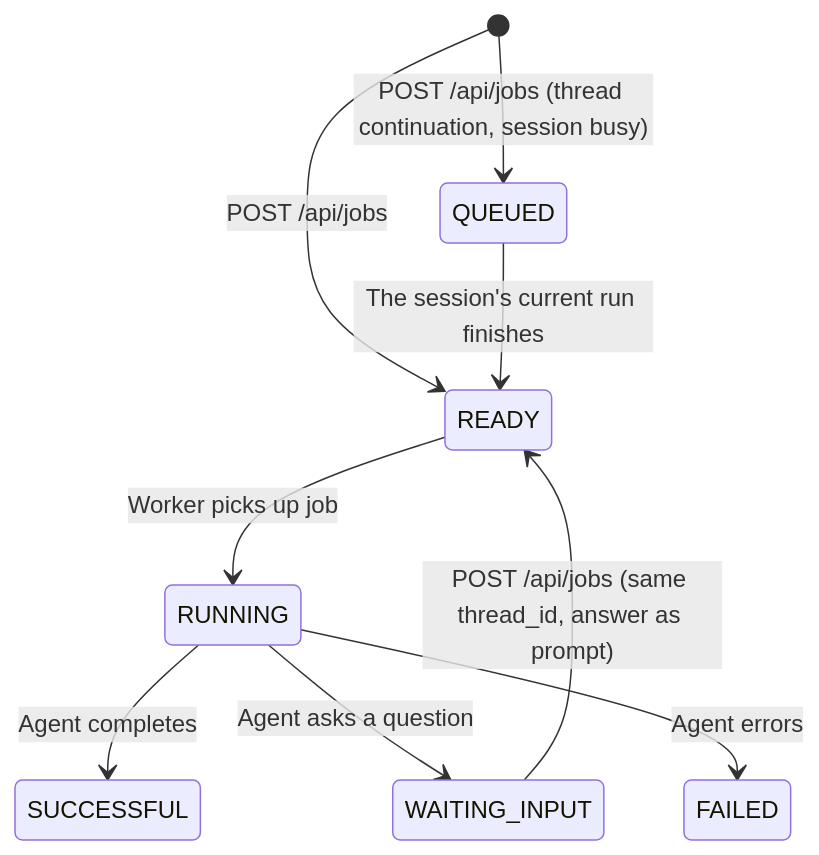
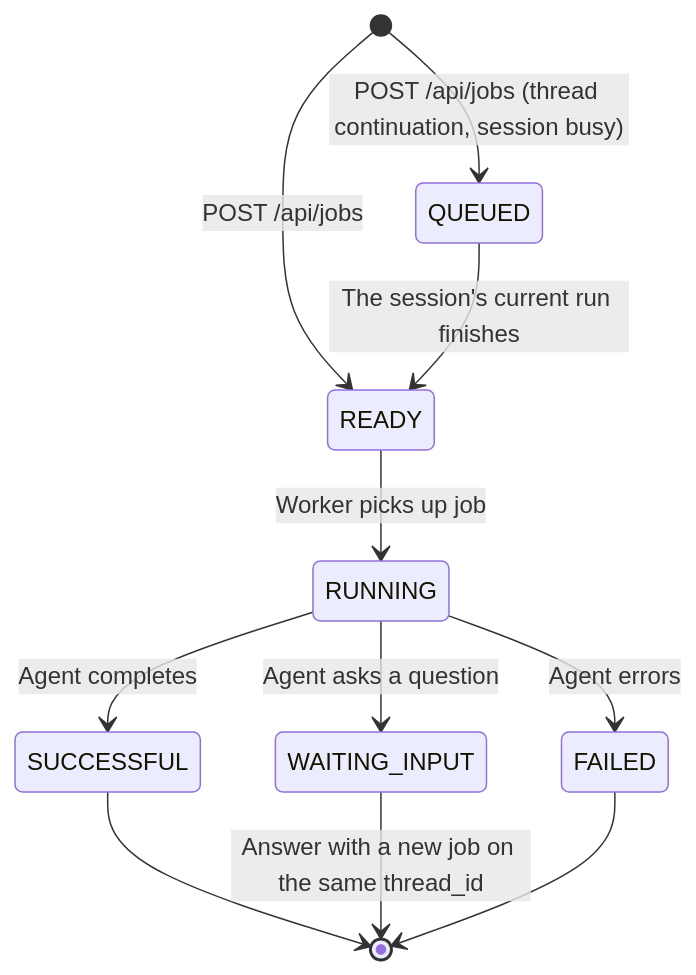
The diagram in docs/features/jobs-api.md (srtab/daiv), drawn with Mermaid before and after one commit. The commit also changed other lines of this file and 6 other files, not shown here.

````diff
--- a/docs/features/jobs-api.md
+++ b/docs/features/jobs-api.md
@@ -262,11 +267,13 @@
 ```mermaid
 stateDiagram-v2
     [*] --> READY: POST /api/jobs
     [*] --> QUEUED: POST /api/jobs (thread continuation, session busy)
     QUEUED --> READY: The session's current run finishes
     READY --> RUNNING: Worker picks up job
     RUNNING --> SUCCESSFUL: Agent completes
     RUNNING --> WAITING_INPUT: Agent asks a question
     RUNNING --> FAILED: Agent errors
-    WAITING_INPUT --> READY: POST /api/jobs (same thread_id, answer as prompt)
+    SUCCESSFUL --> [*]
+    WAITING_INPUT --> [*]: Answer with a new job on the same thread_id
+    FAILED --> [*]
 ```
````
